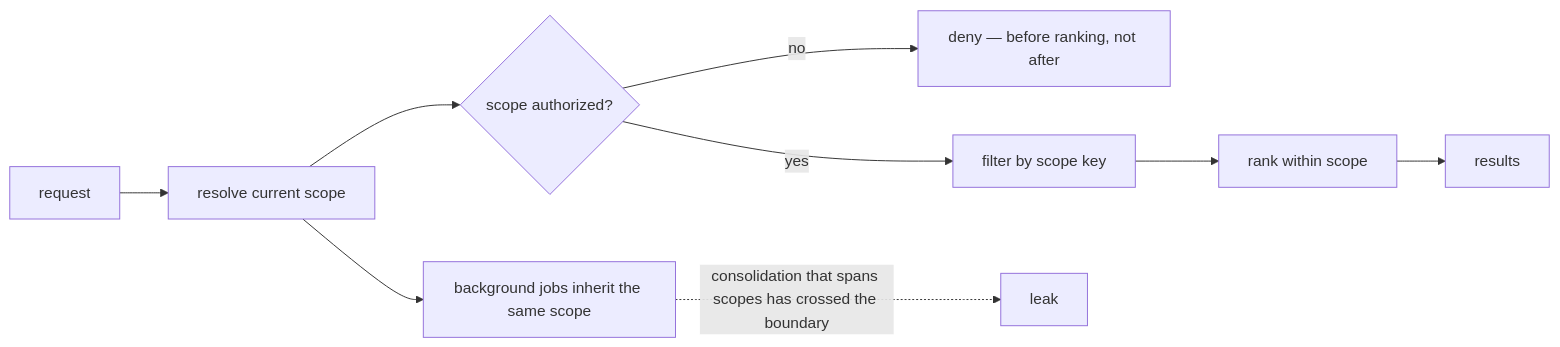
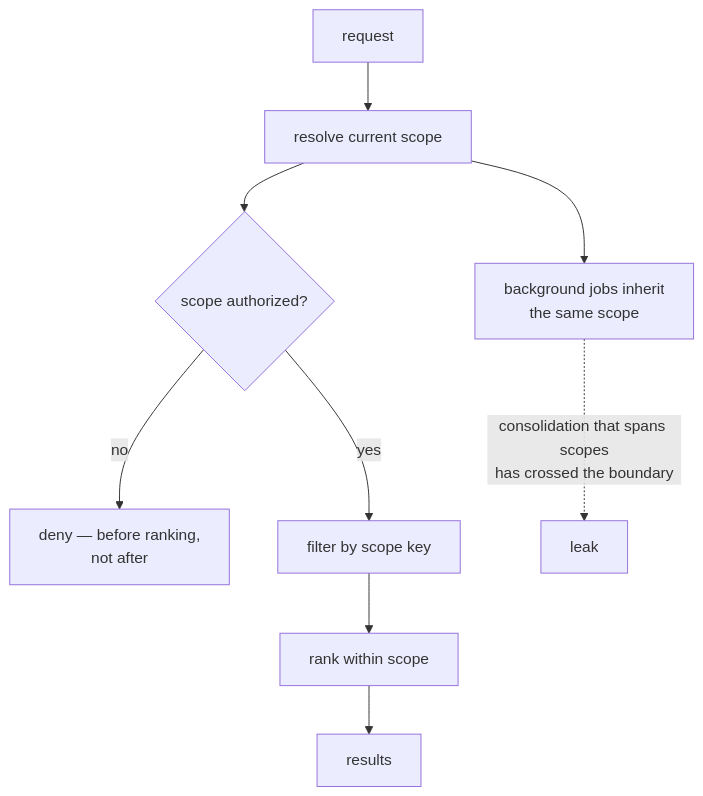
One commit to neoneye/agent-memory-atlas changed the diagram in content/patterns/scope-as-a-first-class-key.md. Above: the diagram before and after it, drawn with Mermaid. The commit also changed 1 other file, not shown here.

Commit message:
Turn the scope diagram upright so its text is legible
The diagram was a left-to-right chain 1609px wide rendered into a 757px column,
so the browser scaled it to 47% and the 16px labels came out around 7px. It was
not badly drawn, it was badly shaped: nothing was wrong with the content, only
with the fact that a wide diagram in a narrow column loses half its type.

Top-down instead, with two node labels wrapped so no row forces the diagram wider
than the column. 731x823 now, near square, and small enough to render at full
size — labels come out at 15.5px rather than 7.

Kept the dotted edge's full wording. A shorter label fit more easily but
"consolidation that spans scopes has crossed the boundary" is the sentence that
explains the pattern, so it is wrapped rather than cut.

Measured each variant before choosing rather than eyeballing the result.

````diff
--- a/content/patterns/scope-as-a-first-class-key.md
+++ b/content/patterns/scope-as-a-first-class-key.md
@@ -53,11 +53,11 @@
 ```mermaid
-flowchart LR
+flowchart TD
     Req["request"] --> Res["resolve current scope"]
     Res --> Auth{"scope authorized?"}
-    Auth -- "no" --> Deny["deny — before ranking, not after"]
+    Auth -- "no" --> Deny["deny — before ranking,<br/>not after"]
     Auth -- "yes" --> Filter["filter by scope key"]
     Filter --> Rank["rank within scope"]
     Rank --> Out["results"]
-    Res --> BG["background jobs inherit the same scope"]
-    BG -. "consolidation that spans scopes has crossed the boundary" .-> Warn["leak"]
+    Res --> BG["background jobs inherit<br/>the same scope"]
+    BG -. "consolidation that spans scopes<br/>has crossed the boundary" .-> Warn["leak"]
 ```
````
